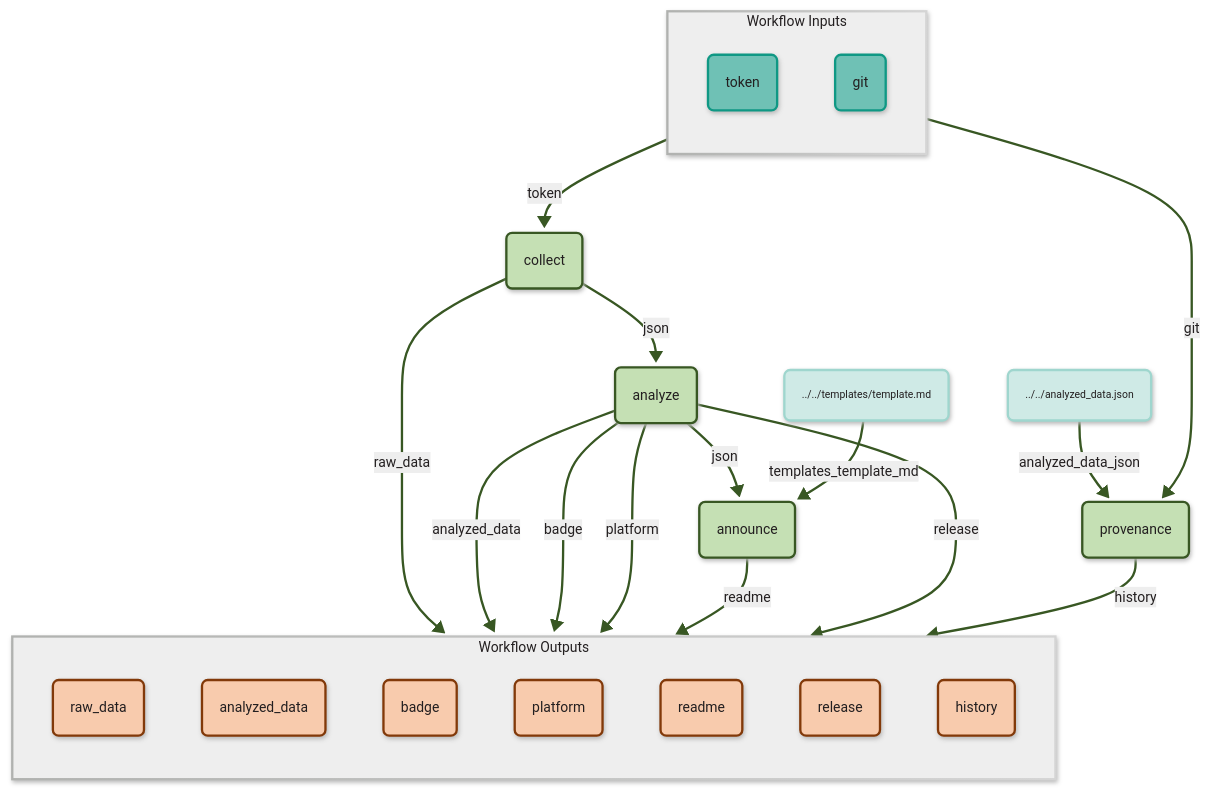
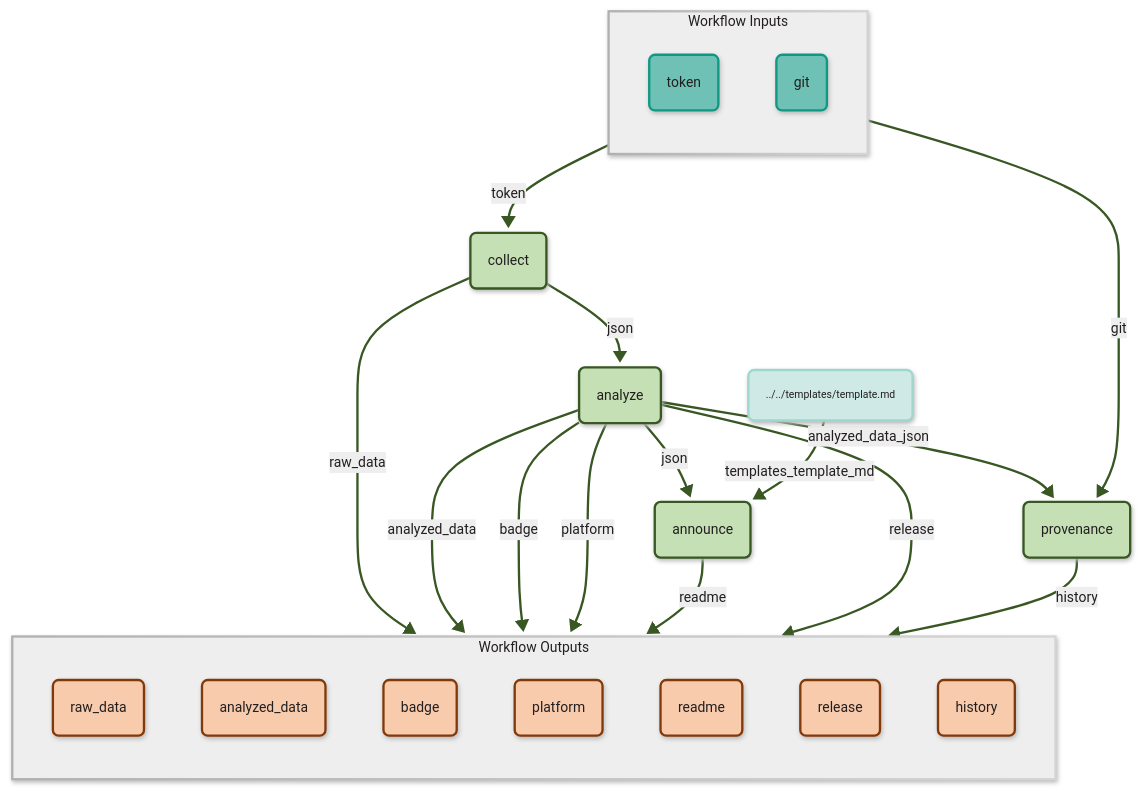
Before and after one commit to fairagro/m4.4_metrics: the diagram in README.md, drawn with Mermaid. The commit also changed other lines of this file and 2 other files, not shown here.

Commit message:
fetch all commits

````diff
--- a/README.md
+++ b/README.md
@@ -80,68 +81,66 @@
 ```mermaid
 ---
 config:
   theme: base
   look: neo
   themeVariables:
     primaryColor: '#C5E0B4'
     primaryTextColor: '#231f20'
     secondaryColor: '#EEEEEE'
     lineColor: '#385723'    
     fontSize: 12px
     tertiaryTextColor: '#231f20'
     fontFamily: 'Fira Sans, trebuchet ms, verdana, arial'
 ---
 flowchart TB
   linkStyle default stroke:#385723,stroke-width: 2px;
   subgraph inputs[Workflow Inputs]
     direction TB
     token(token)
     git(git)
   end
   subgraph outputs[Workflow Outputs]
     direction TB
     raw_data(raw_data)
     analyzed_data(analyzed_data)
     badge(badge)
     platform(platform)
     readme(readme)
     release(release)
     history(history)
   end
     collect(collect)
   token --> |token|collect
     analyze(analyze)
   collect --> |json|analyze
     announce(announce)
   analyze --> |json|announce
     announce_templates_template_md(../../templates/template.md)
   announce_templates_template_md --> |templates_template_md|announce
     provenance(provenance)
   git --> |git|provenance
-    provenance_analyzed_data_json(../../analyzed_data.json)
-  provenance_analyzed_data_json --> |analyzed_data_json|provenance
+  analyze --> |analyzed_data_json|provenance
   collect --> |raw_data|raw_data
   analyze --> |analyzed_data|analyzed_data
   analyze --> |badge|badge
   analyze --> |platform|platform
   announce --> |readme|readme
   analyze --> |release|release
   provenance --> |history|history
   style inputs fill:#EEEEEE,stroke-width:2px;
   style token stroke:#0f9884,fill:#6FC1B5,stroke-width:2px;
   style git stroke:#0f9884,fill:#6FC1B5,stroke-width:2px;
   style outputs fill:#EEEEEE,stroke-width:2px;
   style raw_data stroke:#823909,fill:#F8CBAD,stroke-width:2px;
   style analyzed_data stroke:#823909,fill:#F8CBAD,stroke-width:2px;
   style badge stroke:#823909,fill:#F8CBAD,stroke-width:2px;
   style platform stroke:#823909,fill:#F8CBAD,stroke-width:2px;
   style readme stroke:#823909,fill:#F8CBAD,stroke-width:2px;
   style release stroke:#823909,fill:#F8CBAD,stroke-width:2px;
   style history stroke:#823909,fill:#F8CBAD,stroke-width:2px;
   style collect stroke:#385723,stroke-width:2px;
   style analyze stroke:#385723,stroke-width:2px;
   style announce stroke:#385723,stroke-width:2px;
   style announce_templates_template_md font-size:9px,fill:#cfeae6, stroke:#9FD6CE,stroke-width:2px;
   style provenance stroke:#385723,stroke-width:2px;
-  style provenance_analyzed_data_json font-size:9px,fill:#cfeae6, stroke:#9FD6CE,stroke-width:2px;
 ```
````
